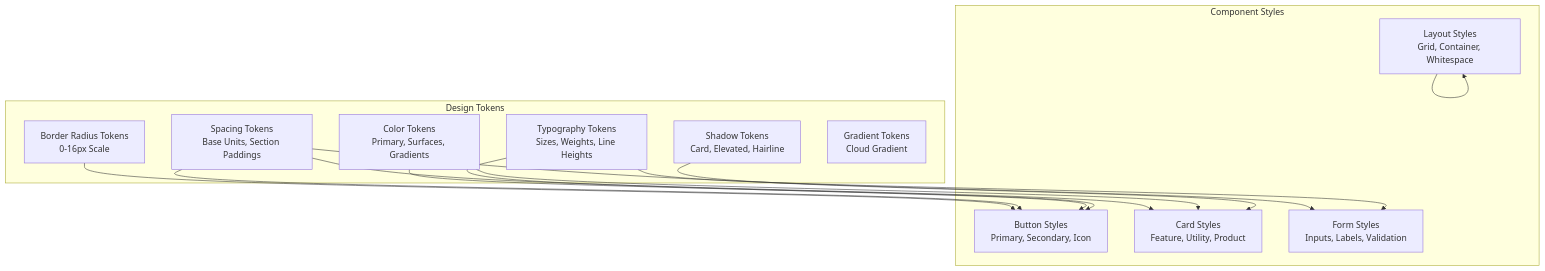
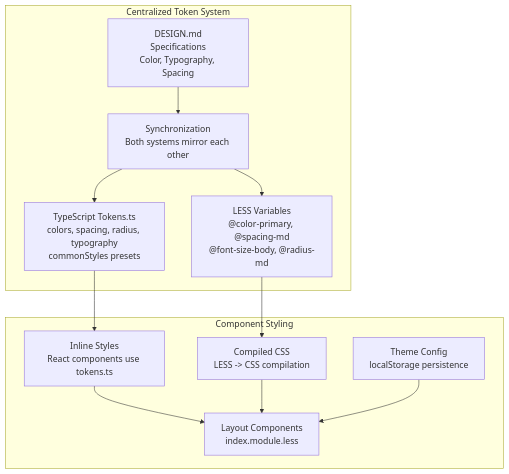
Before and after one commit to alibaba/tron-one-agent: the second of 11 diagrams in .qoder/repowiki/en/content/Frontend Architecture/Frontend Architecture.md, drawn with Mermaid. The commit also changed other lines of this file and 8 other files, not shown here.

````diff
--- a/.qoder/repowiki/en/content/Frontend Architecture/Frontend Architecture.md
+++ b/.qoder/repowiki/en/content/Frontend Architecture/Frontend Architecture.md
@@ -128,27 +145,23 @@
 ```mermaid
 graph TB
-subgraph "Design Tokens"
-Colors["Color Tokens<br/>Primary, Surfaces, Gradients"]
-Typography["Typography Tokens<br/>Sizes, Weights, Line Heights"]
-Spacing["Spacing Tokens<br/>Base Units, Section Paddings"]
-Radius["Border Radius Tokens<br/>0-16px Scale"]
-Shadows["Shadow Tokens<br/>Card, Elevated, Hairline"]
-Gradients["Gradient Tokens<br/>Cloud Gradient"]
+subgraph "Centralized Token System"
+Typescript["TypeScript Tokens.ts<br/>colors, spacing, radius, typography<br/>commonStyles presets"]
+Less["LESS Variables<br/>@color-primary, @spacing-md<br/>@font-size-body, @radius-md"]
+Design["DESIGN.md<br/>Specifications<br/>Color, Typography, Spacing"]
+Sync["Synchronization<br/>Both systems mirror each other"]
 end
-subgraph "Component Styles"
-Buttons["Button Styles<br/>Primary, Secondary, Icon"]
-Cards["Card Styles<br/>Feature, Utility, Product"]
-Forms["Form Styles<br/>Inputs, Labels, Validation"]
-Layout["Layout Styles<br/>Grid, Container, Whitespace"]
+subgraph "Component Styling"
+Inline["Inline Styles<br/>React components use tokens.ts"]
+CSS["Compiled CSS<br/>LESS -> CSS compilation"]
+Layout["Layout Components<br/>index.module.less"]
+Theme["Theme Config<br/>localStorage persistence"]
 end
-Colors --> Buttons
-Typography --> Buttons
-Spacing --> Buttons
-Radius --> Buttons
-Shadows --> Cards
-Colors --> Cards
-Spacing --> Cards
-Typography --> Forms
-Spacing --> Forms
-Layout --> Layout
+Typescript --> Inline
+Less --> CSS
+Design --> Sync
+Sync --> Typescript
+Sync --> Less
+Inline --> Layout
+CSS --> Layout
+Theme --> Layout
 ```
````
